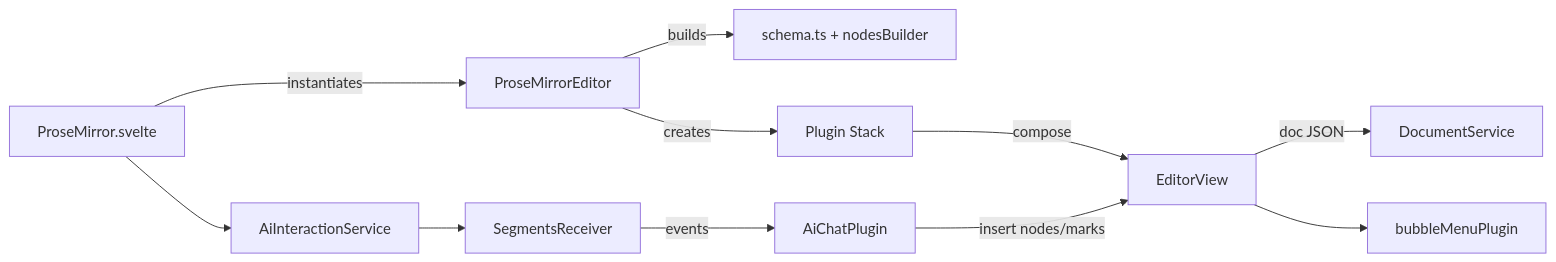
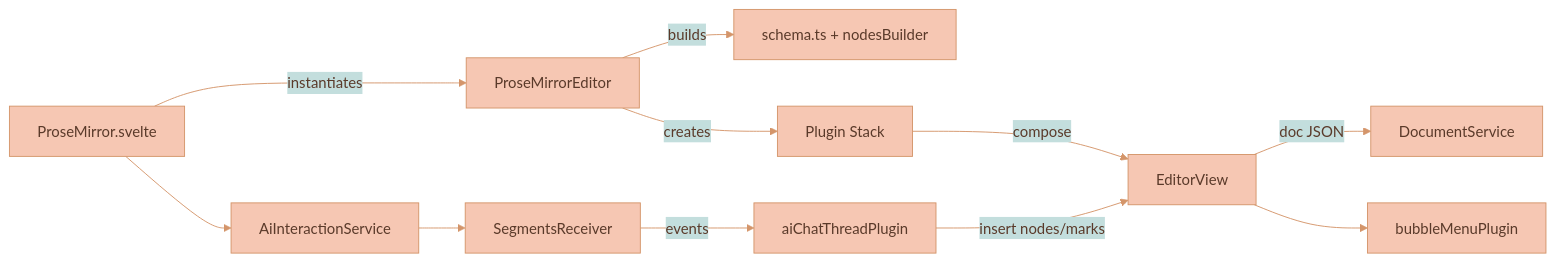
Before and after one commit to Lixpi/lixpi: the first of 8 diagrams in services/web-ui/src/components/proseMirror/README.md, drawn with Mermaid. The commit also changed other lines of this file and 27 other files, not shown here.

````diff
--- a/services/web-ui/src/components/proseMirror/README.md
+++ b/services/web-ui/src/components/proseMirror/README.md
@@ -22,13 +13,14 @@
 ```mermaid
+%%{init: {'theme': 'base', 'themeVariables': { 'primaryColor': '#F6C7B3', 'primaryTextColor': '#5a3a2a', 'primaryBorderColor': '#d4956a', 'secondaryColor': '#C3DEDD', 'secondaryTextColor': '#1a3a47', 'secondaryBorderColor': '#4a8a9d', 'tertiaryColor': '#DCECE9', 'tertiaryTextColor': '#1a3a47', 'tertiaryBorderColor': '#82B2C0', 'lineColor': '#d4956a', 'textColor': '#5a3a2a'}}}%%
 flowchart LR
   Svelte[ProseMirror.svelte] -->|instantiates| PMEditor[ProseMirrorEditor]
   PMEditor -->|builds| Schema[schema.ts + nodesBuilder]
     PMEditor -->|creates| Plugins[Plugin Stack]
     Plugins -->|compose| EditorView
     EditorView -->|doc JSON| DocumentService
     Svelte --> AiInteractionService
     AiInteractionService --> SegmentsReceiver
-    SegmentsReceiver -->|events| AiChatPlugin
-    AiChatPlugin -->|insert nodes/marks| EditorView
+    SegmentsReceiver -->|events| aiChatThreadPlugin
+    aiChatThreadPlugin -->|insert nodes/marks| EditorView
     EditorView --> BubbleMenu[bubbleMenuPlugin]
 ```
````
